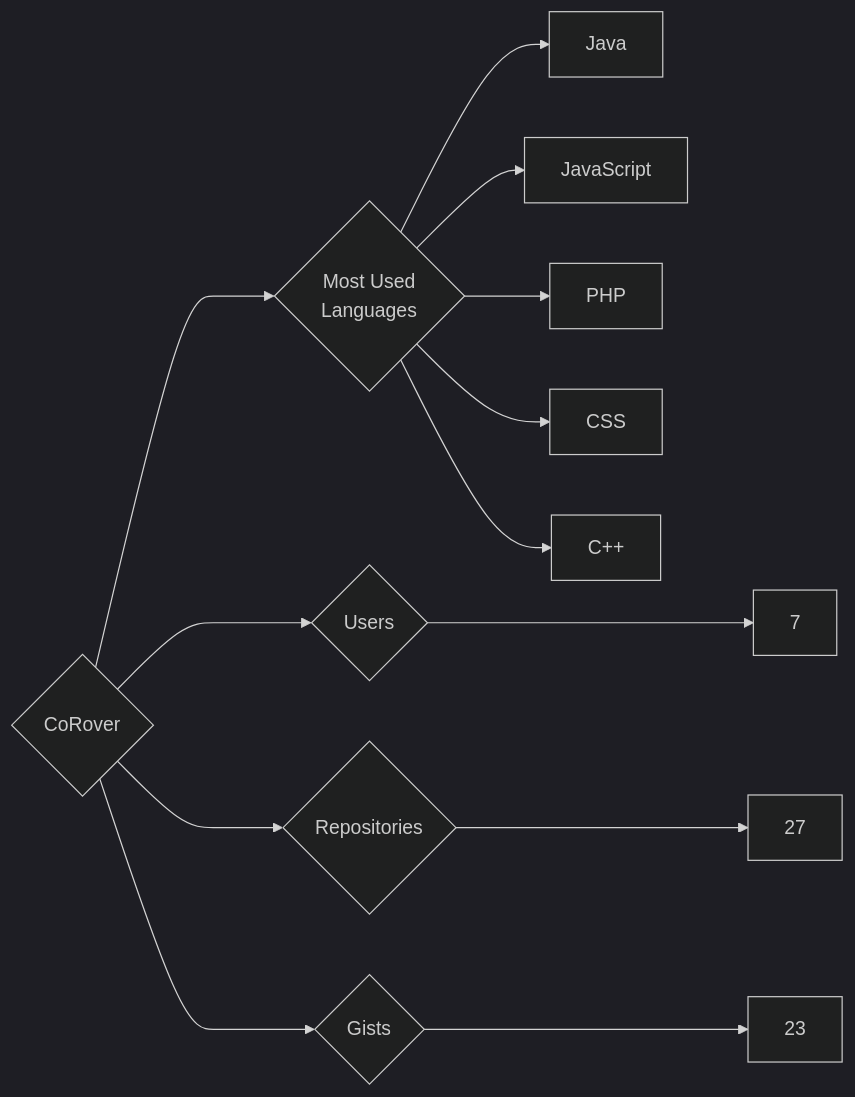
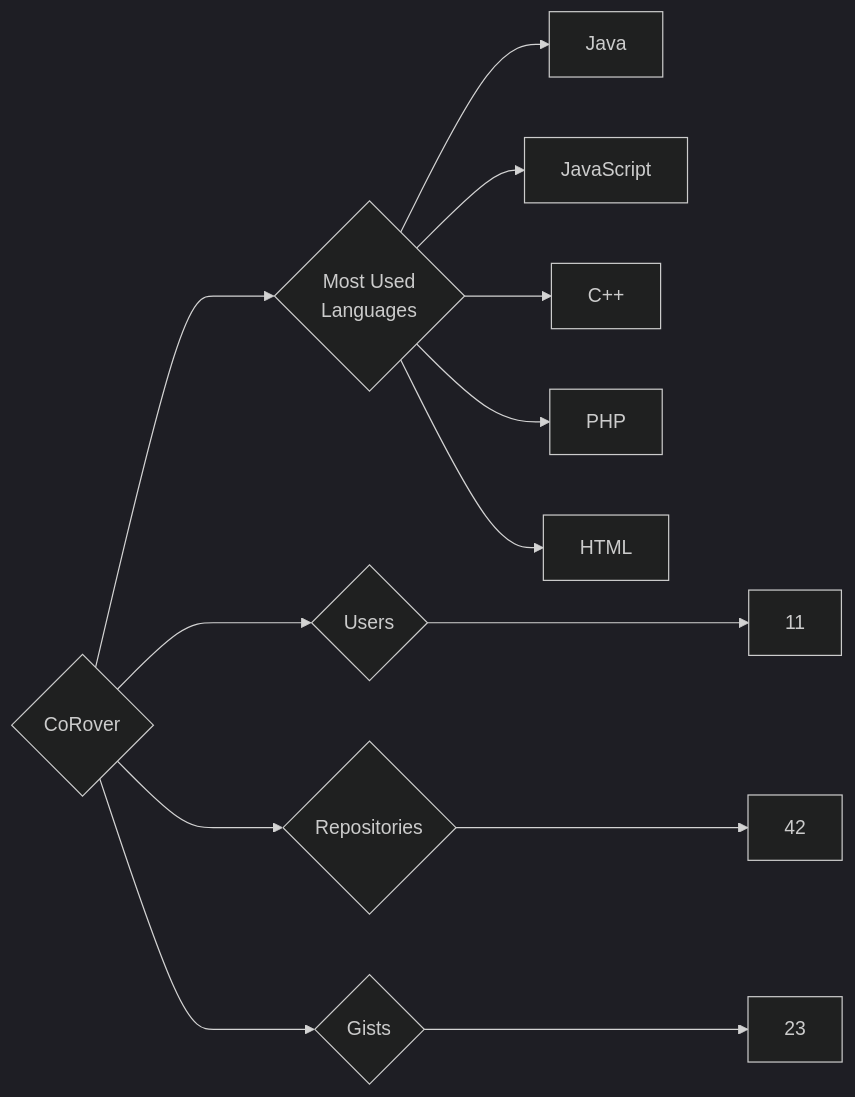
One commit to trickest/insiders changed the diagram in targets/CoRover/README.md. Above: the diagram before and after it, drawn with Mermaid (dark theme). The commit also changed 938 other files, not shown here.

````diff
--- a/targets/CoRover/README.md
+++ b/targets/CoRover/README.md
@@ -3,13 +3,13 @@
 ```mermaid
 graph LR
 COMPANY_NAME{CoRover}
-COMPANY_NAME ---> U{Users} ---> UN[7]
-COMPANY_NAME ---> R{Repositories} ---> RN[27]
+COMPANY_NAME ---> U{Users} ---> UN[11]
+COMPANY_NAME ---> R{Repositories} ---> RN[42]
 COMPANY_NAME ---> G{Gists} ---> GN[23]
 COMPANY_NAME ---> ML{Most Used<br>Languages}
 ML --> Java[Java]
 ML --> JavaScript[JavaScript]
+ML --> C++[C++]
 ML --> PHP[PHP]
-ML --> CSS[CSS]
-ML --> C++[C++]
+ML --> HTML[HTML]
 ```
````
